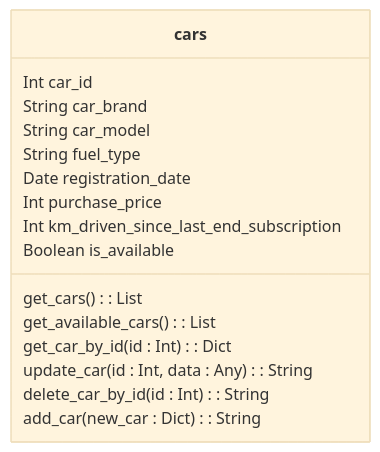
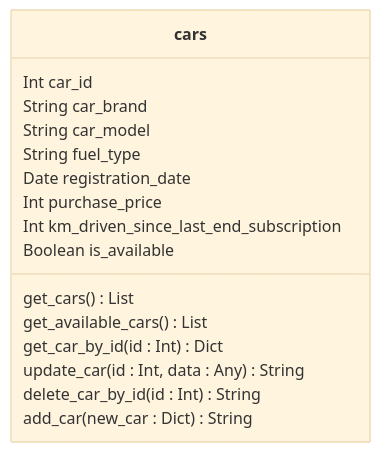
The diagram in README.md (Bilabonnement-eksamensopgave-2024/bil-microservice), drawn with Mermaid (base theme) before and after one commit.

Commit message:
updated domain model

````diff
--- a/README.md
+++ b/README.md
@@ -54,19 +54,19 @@
 ``` mermaid
 classDiagram
   class cars {
         Int car_id
         String car_brand
         String car_model
         String fuel_type
         Date registration_date
         Int purchase_price
         Int km_driven_since_last_end_subscription
         Boolean is_available
-        get_cars() : List
-        get_available_cars() : List
-        get_car_by_id(id : Int) : Dict  
-        update_car(id : Int, data : Any) : String
-        delete_car_by_id(id : Int) : String
-        add_car(new_car : Dict) : String
+        get_cars()  List
+        get_available_cars()  List
+        get_car_by_id(id : Int)  Dict  
+        update_car(id : Int, data : Any)  String
+        delete_car_by_id(id : Int) String
+        add_car(new_car : Dict)  String
     }
 ```
````
